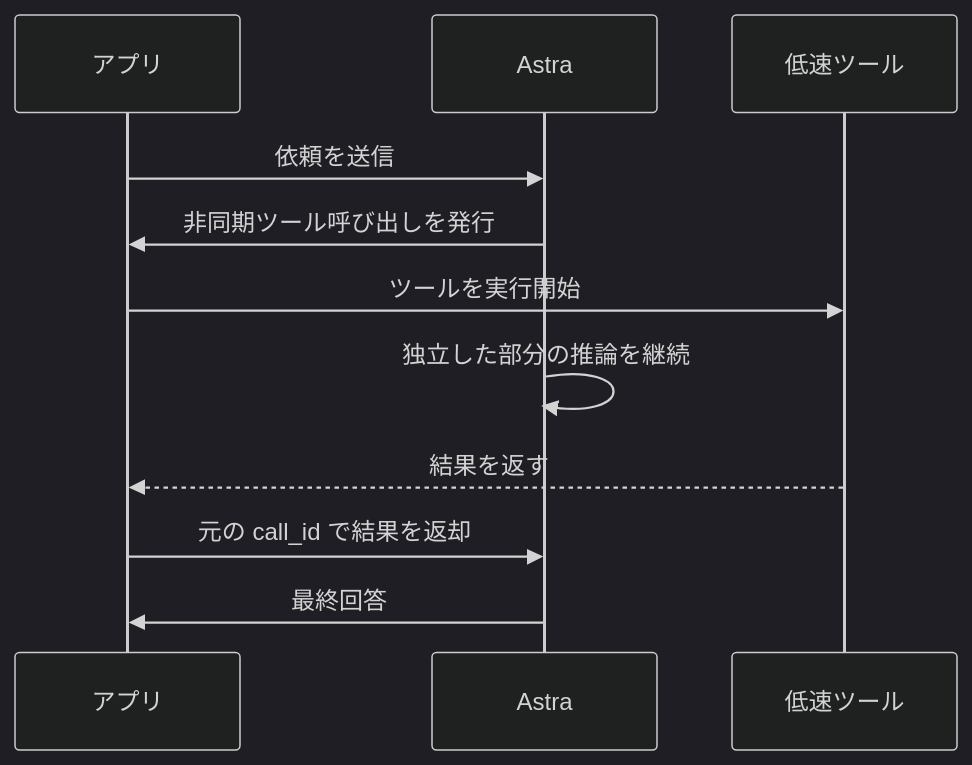
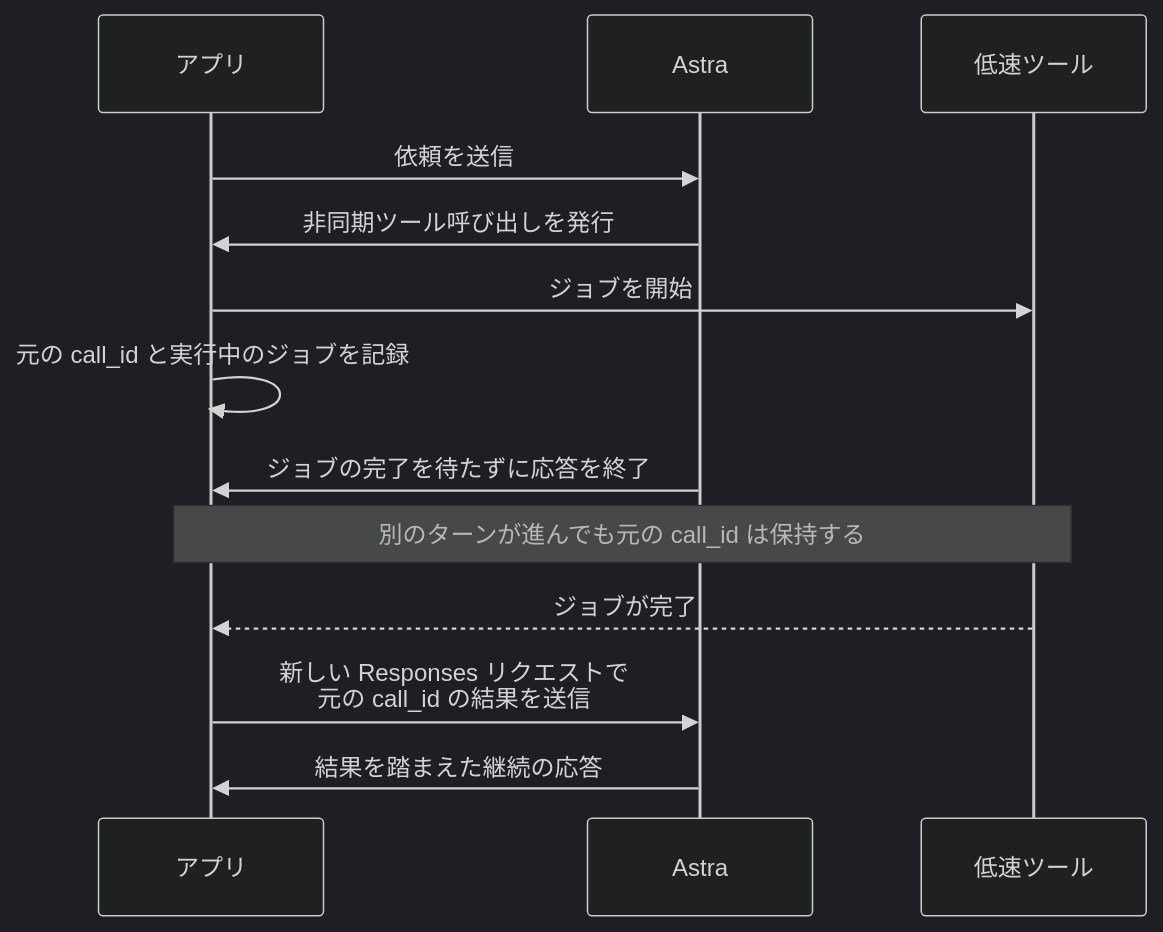
One commit to myoshi2891/Comparison-of-LLMs changed the seventh of 12 diagrams in Openai-gpt-6-astra-best-practices-guide.md. Above: the diagram before and after it, drawn with Mermaid (dark theme). The commit also changed other lines of this file, not shown here.

Commit message:
docs(openai): clarify configuration re-specification after compaction, async tool completion flow, and steering failure handling for Astra guide

````diff
--- a/Openai-gpt-6-astra-best-practices-guide.md
+++ b/Openai-gpt-6-astra-best-practices-guide.md
@@ -505,13 +505,15 @@
 ```mermaid
 sequenceDiagram
   participant App as アプリ
   participant M as Astra
   participant T as 低速ツール
   App->>M: 依頼を送信
   M->>App: 非同期ツール呼び出しを発行
-  App->>T: ツールを実行開始
-  M->>M: 独立した部分の推論を継続
-  T-->>App: 結果を返す
-  App->>M: 元の call_id で結果を返却
-  M->>App: 最終回答
+  App->>T: ジョブを開始
+  App->>App: 元の call_id と実行中のジョブを記録
+  M->>App: ジョブの完了を待たずに応答を終了
+  Note over App,T: 別のターンが進んでも元の call_id は保持する
+  T-->>App: ジョブが完了
+  App->>M: 新しい Responses リクエストで<br/>元の call_id の結果を送信
+  M->>App: 結果を踏まえた継続の応答
 ```
````
